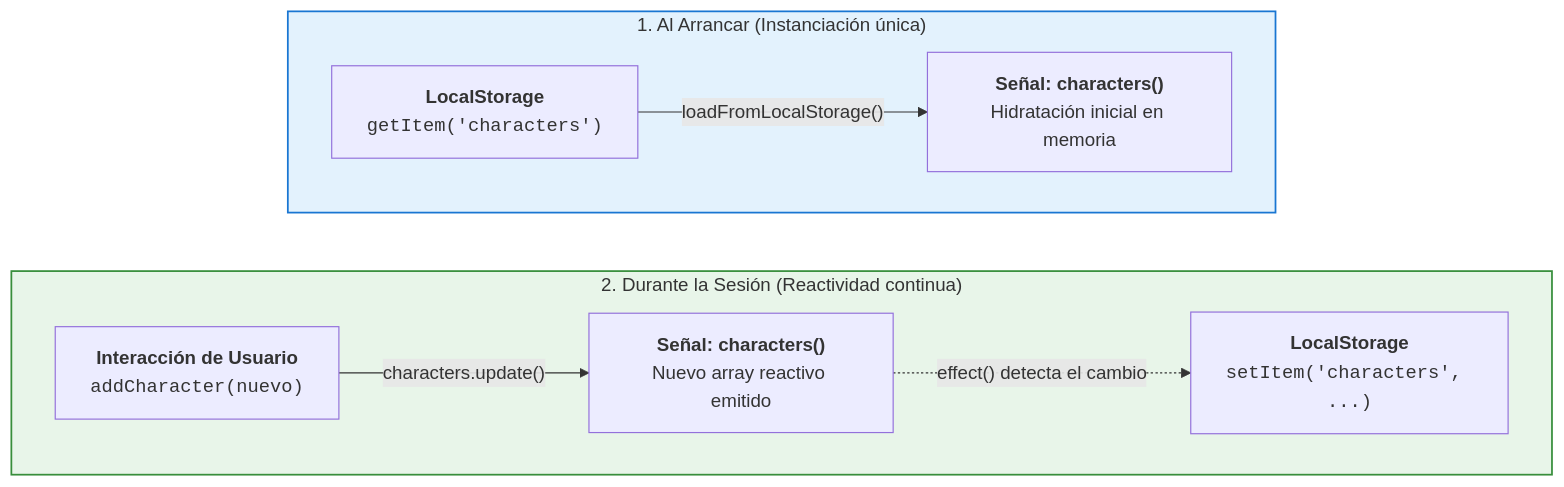
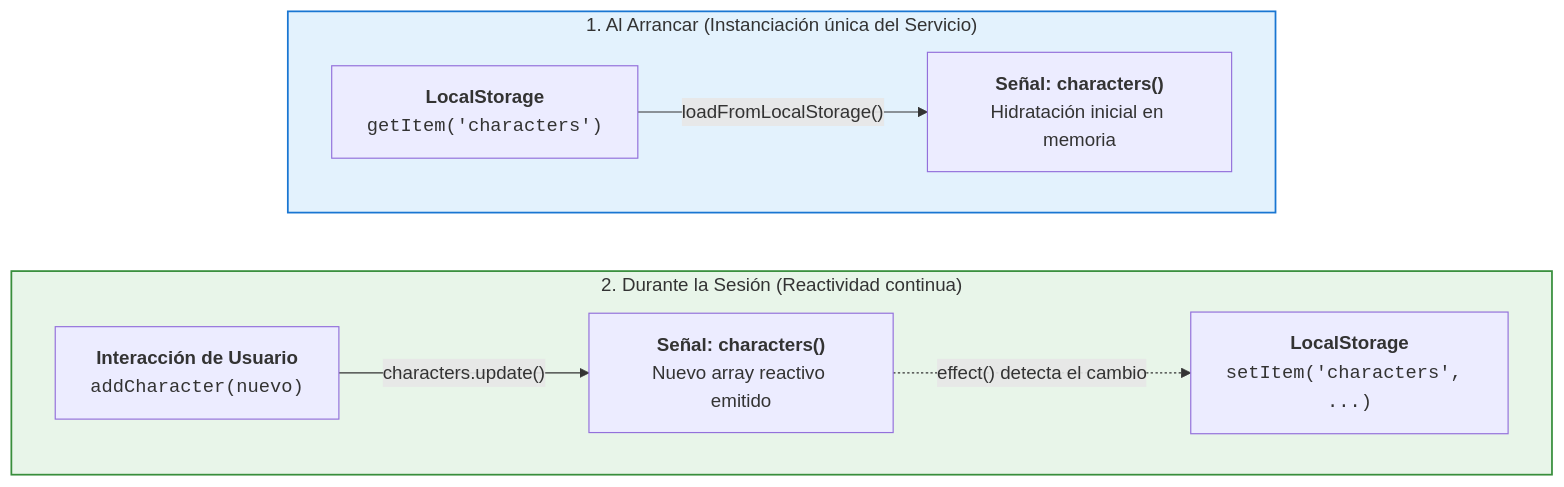
One commit to Jose-Quesada/materiales_angular changed the third of 6 diagrams in docs/05-expandir-bases.md. Above: the diagram before and after it, drawn with Mermaid. The commit also changed other lines of this file and 58 other files, not shown here.

````diff
--- a/docs/05-expandir-bases.md
+++ b/docs/05-expandir-bases.md
@@ -1241,18 +1337,18 @@
 ```mermaid
 flowchart TD
-    subgraph Inicio ["1. Al Arrancar (Instanciación única)"]
+    subgraph Inicio ["1. Al Arrancar (Instanciación única del Servicio)"]
         direction LR
         LS1["<b>LocalStorage</b><br/><code>getItem('characters')</code>"] -->|"loadFromLocalStorage()"| SIG["<b>Señal: characters()</b><br/>Hidratación inicial en memoria"]
     end
 
     subgraph Vida ["2. Durante la Sesión (Reactividad continua)"]
         direction LR
         UI["<b>Interacción de Usuario</b><br/><code>addCharacter(nuevo)</code>"] -->|"characters.update()"| SIG2["<b>Señal: characters()</b><br/>Nuevo array reactivo emitido"]
         SIG2 -.->|"effect() detecta el cambio"| LS2["<b>LocalStorage</b><br/><code>setItem('characters', ...)</code>"]
     end
 
     Inicio ~~~ Vida
 
     style Inicio fill:#e3f2fd,stroke:#1976d2,stroke-width:1.5px
     style Vida fill:#e8f5e9,stroke:#388e3c,stroke-width:1.5px
 ```
````
